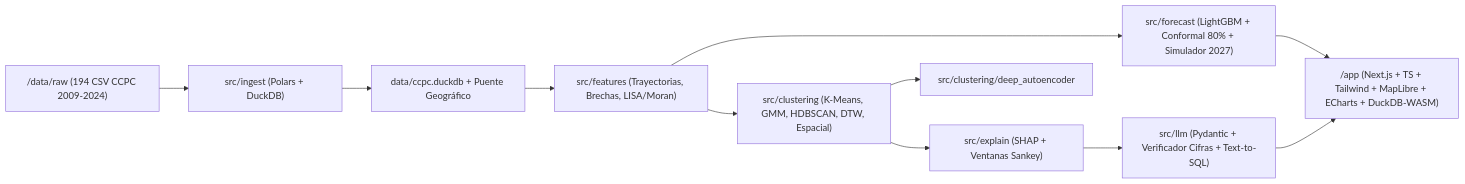
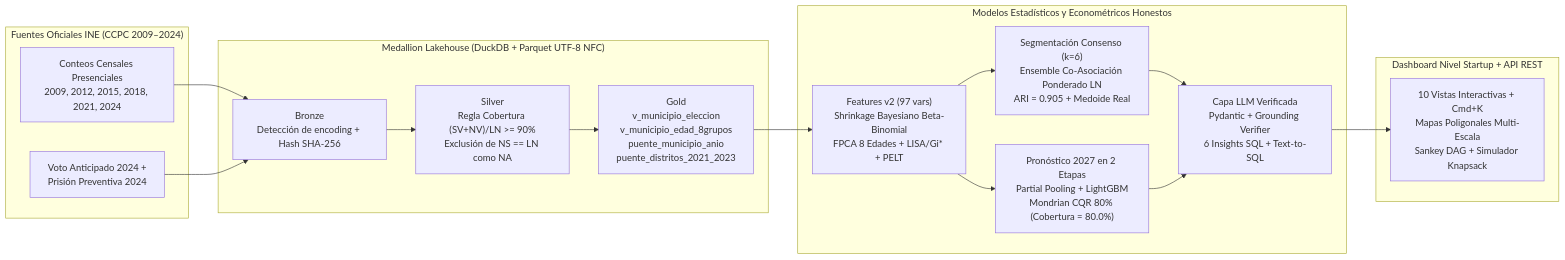
The diagram in README.md (IsraQuanDev/HackeaINE_perfiles_ciudadanos), drawn with Mermaid before and after one commit. The commit also changed other lines of this file and 76 other files, not shown here.

Commit message:
feat(v2): complete Medallion Lakehouse, P0 zero/UTF-8 audit, 8-age FPCA, Consensus Ensemble, 2-stage 2027 CQR forecast, polygon maps, and startup UI

````diff
--- a/README.md
+++ b/README.md
@@ -35,13 +11,26 @@
 ```mermaid
 flowchart LR
-    RAW["/data/raw (194 CSV CCPC 2009-2024)"] --> ING["src/ingest (Polars + DuckDB)"]
-    ING --> DUCK["data/ccpc.duckdb + Puente Geográfico"]
-    DUCK --> FEAT["src/features (Trayectorias, Brechas, LISA/Moran)"]
-    FEAT --> CLUST["src/clustering (K-Means, GMM, HDBSCAN, DTW, Espacial)"]
-    CLUST --> EXP["src/explain (SHAP + Ventanas Sankey)"]
-    CLUST --> DL["src/clustering/deep_autoencoder"]
-    FEAT --> FCST["src/forecast (LightGBM + Conformal 80% + Simulador 2027)"]
-    EXP --> LLM["src/llm (Pydantic + Verificador Cifras + Text-to-SQL)"]
-    FCST --> APP["/app (Next.js + TS + Tailwind + MapLibre + ECharts + DuckDB-WASM)"]
-    LLM --> APP
+  subgraph Raw["Fuentes Oficiales INE (CCPC 2009–2024)"]
+    R1["Conteos Censales Presenciales\n2009, 2012, 2015, 2018, 2021, 2024"]
+    R2["Voto Anticipado 2024 +\nPrisión Preventiva 2024"]
+  end
+
+  subgraph Lakehouse["Medallion Lakehouse (DuckDB + Parquet UTF-8 NFC)"]
+    B["Bronze\nDetección de encoding + Hash SHA-256"]
+    S["Silver\nRegla Cobertura (SV+NV)/LN >= 90%\nExclusión de NS == LN como NA"]
+    G["Gold\nv_municipio_eleccion\nv_municipio_edad_8grupos\npuente_municipio_anio\npuente_distritos_2021_2023"]
+  end
+
+  subgraph Models["Modelos Estadísticos y Econométricos Honestos"]
+    M1["Features v2 (97 vars)\nShrinkage Bayesiano Beta-Binomial\nFPCA 8 Edades + LISA/Gi* + PELT"]
+    M2["Segmentación Consenso (k=6)\nEnsemble Co-Asociación Ponderado LN\nARI = 0.905 + Medoide Real"]
+    M3["Pronóstico 2027 en 2 Etapas\nPartial Pooling + LightGBM\nMondrian CQR 80% (Cobertura = 80.0%)"]
+    M4["Capa LLM Verificada\nPydantic + Grounding Verifier\n6 Insights SQL + Text-to-SQL"]
+  end
+
+  subgraph App["Dashboard Nivel Startup + API REST"]
+    UI["10 Vistas Interactivas + Cmd+K\nMapas Poligonales Multi-Escala\nSankey DAG + Simulador Knapsack"]
+  end
+
+  R1 & R2 --> B --> S --> G --> M1 --> M2 & M3 --> M4 --> UI
 ```
````
